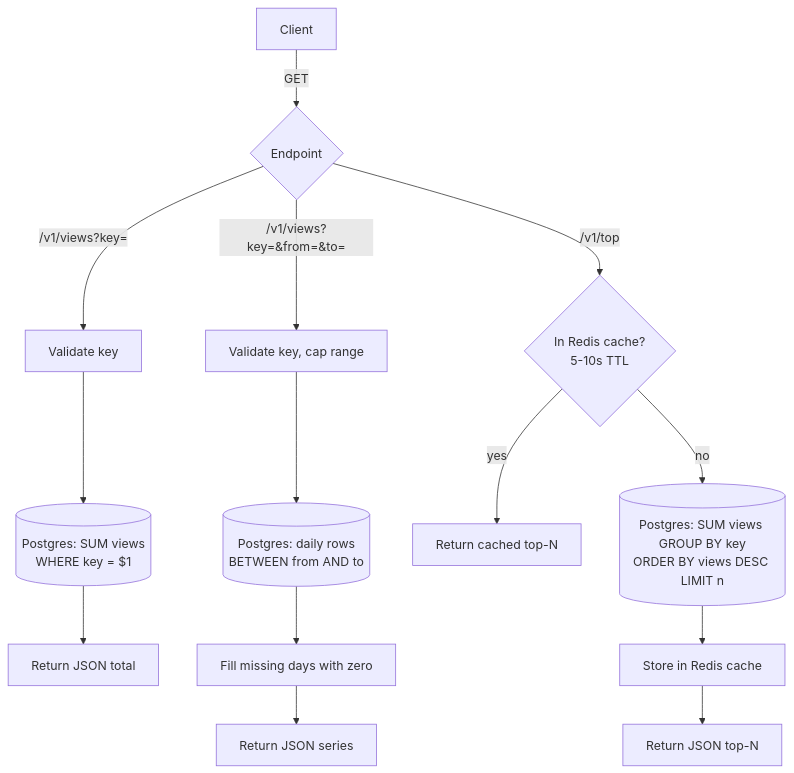
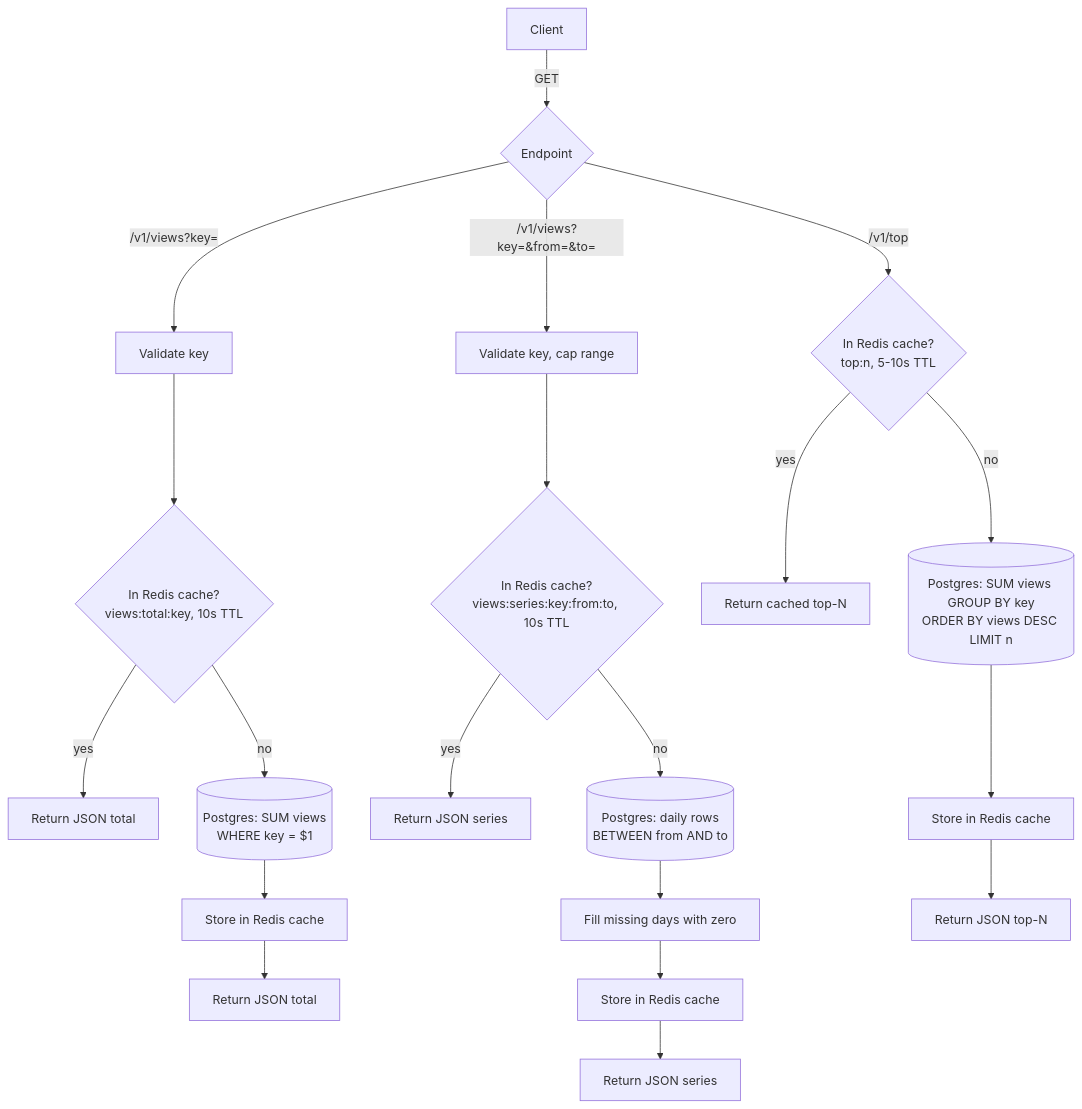
One commit to oshanz/view-counter changed the diagram in docs/read-path.md. Above: the diagram before and after it, drawn with Mermaid. The commit also changed other lines of this file and 2 other files, not shown here.

Commit message:
Cache view totals and series in Redis on the read path; update write path; add ADR

````diff
--- a/docs/read-path.md
+++ b/docs/read-path.md
@@ -9,19 +9,25 @@
 ```mermaid
 flowchart TD
     C[Client] -->|GET| RT{Endpoint}
 
     RT -->|/v1/views?key=| NP[Validate key]
-    NP --> Q1[(Postgres: SUM views<br/>WHERE key = $1)]
-    Q1 --> J1[Return JSON total]
+    NP --> CK1{In Redis cache?<br/>views:total:key, 10s TTL}
+    CK1 -- yes --> J1[Return JSON total]
+    CK1 -- no --> Q1[(Postgres: SUM views<br/>WHERE key = $1)]
+    Q1 --> ST1[Store in Redis cache]
+    ST1 --> J1b[Return JSON total]
 
     RT -->|/v1/views?key=&from=&to=| NP2[Validate key, cap range]
-    NP2 --> Q2[(Postgres: daily rows<br/>BETWEEN from AND to)]
+    NP2 --> CK2{In Redis cache?<br/>views:series:key:from:to, 10s TTL}
+    CK2 -- yes --> J2[Return JSON series]
+    CK2 -- no --> Q2[(Postgres: daily rows<br/>BETWEEN from AND to)]
     Q2 --> FILL[Fill missing days with zero]
-    FILL --> J2[Return JSON series]
+    FILL --> ST2[Store in Redis cache]
+    ST2 --> J2b[Return JSON series]
 
-    RT -->|/v1/top| CK{In Redis cache?<br/>5-10s TTL}
-    CK -- yes --> J3[Return cached top-N]
-    CK -- no --> Q3[(Postgres: SUM views GROUP BY key<br/>ORDER BY views DESC LIMIT n)]
-    Q3 --> ST[Store in Redis cache]
-    ST --> J3b[Return JSON top-N]
+    RT -->|/v1/top| CK3{In Redis cache?<br/>top:n, 5-10s TTL}
+    CK3 -- yes --> J3[Return cached top-N]
+    CK3 -- no --> Q3[(Postgres: SUM views GROUP BY key<br/>ORDER BY views DESC LIMIT n)]
+    Q3 --> ST3[Store in Redis cache]
+    ST3 --> J3b[Return JSON top-N]
 ```
````
